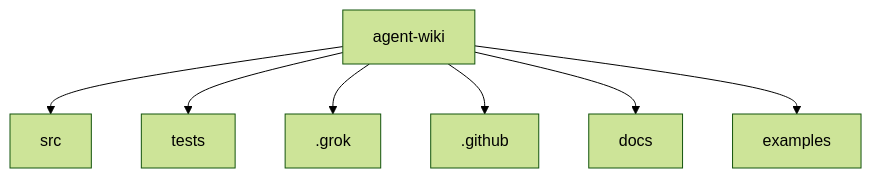
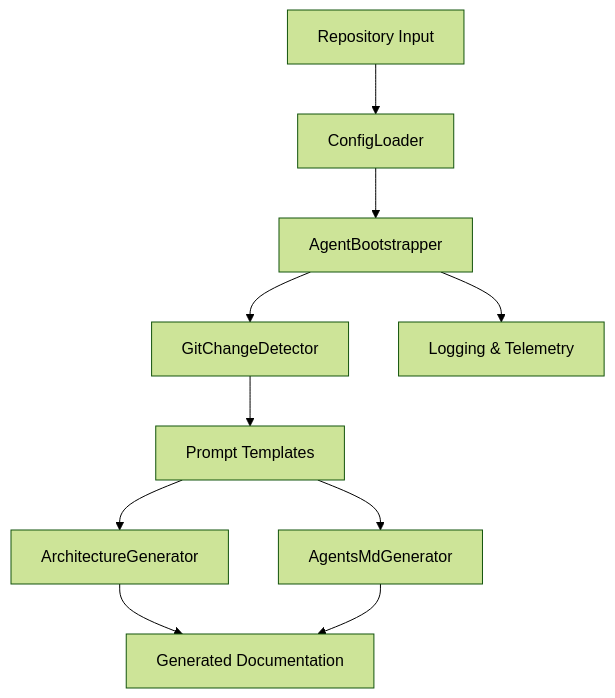
Before and after one commit to MarshallMoorman/AgentWiki: the diagram in docs/wiki/architecture.md, drawn with Mermaid (forest theme). The commit also changed other lines of this file and 35 other files, not shown here.

````diff
--- a/docs/wiki/architecture.md
+++ b/docs/wiki/architecture.md
@@ -15,10 +15,12 @@
 ```mermaid
 flowchart TB
-    Root[agent-wiki]
-    Root --> N0[src]
-    Root --> N1[tests]
-    Root --> N2[.grok]
-    Root --> N3[.github]
-    Root --> N4[docs]
-    Root --> N5[examples]
+A[Repository Input] --> B[ConfigLoader]
+B --> C[AgentBootstrapper]
+C --> D[GitChangeDetector]
+D --> E[Prompt Templates]
+E --> F[ArchitectureGenerator]
+E --> G[AgentsMdGenerator]
+F --> H[Generated Documentation]
+G --> H
+C --> I[Logging & Telemetry]
 ```
````
